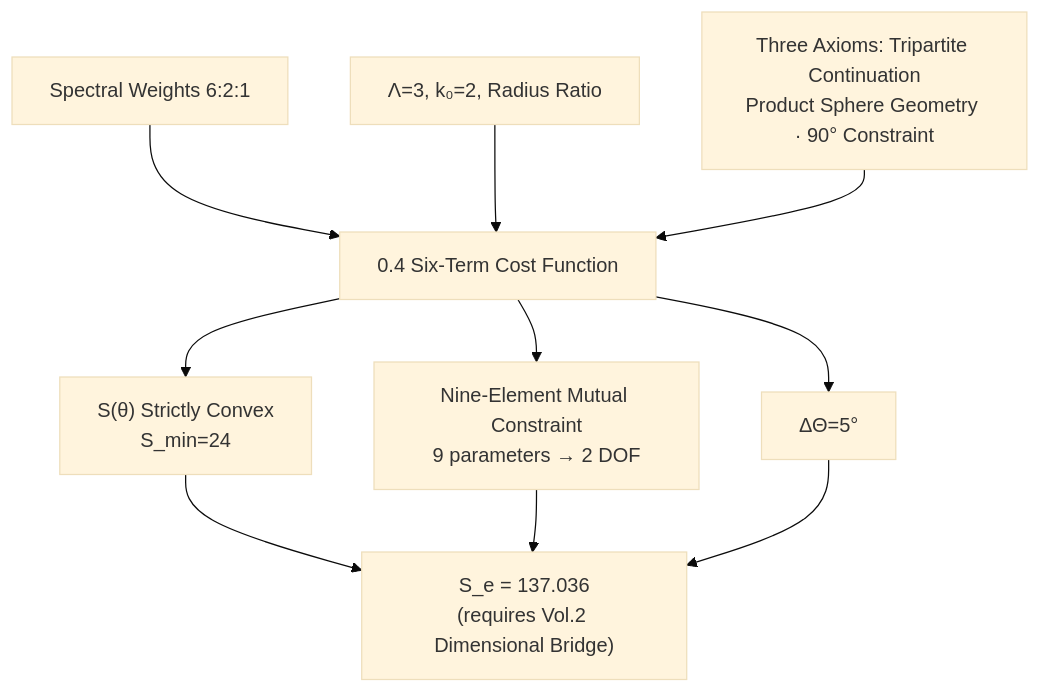
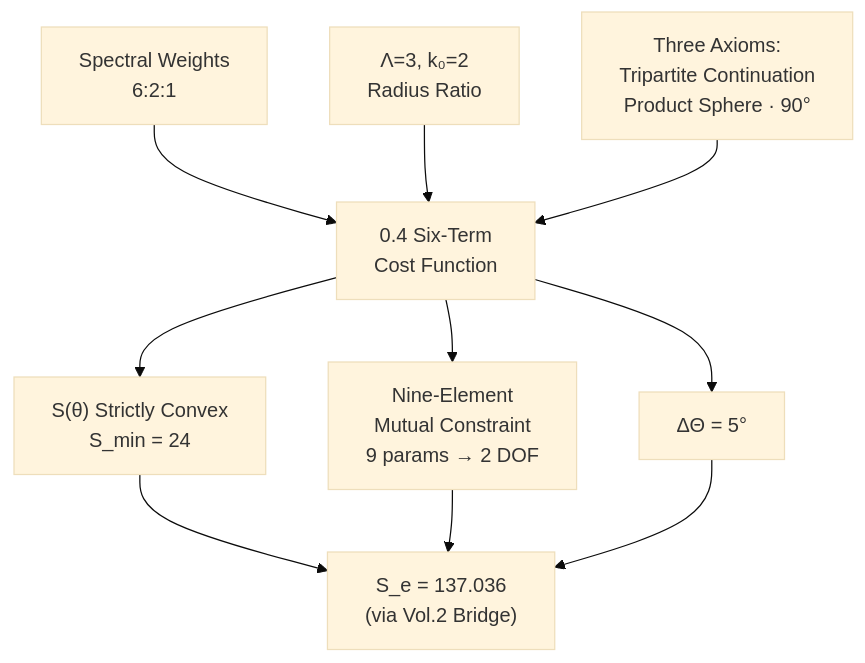
Before and after one commit to sdoygb/geometry-ai-server: the diagram in app/articles/GT-Vault/Vol-0_从零开始/0.4_Six-Term_Cost_Function_and_Nine-Element_Mutual_Constraint_EN_260716.1.md, drawn with Mermaid (base theme). The commit also changed other lines of this file, not shown here.

Commit message:
AI修改: GT-Vault/Vol-0_从零开始/0.4_Six-Term_Cost_Function_and_Nine-Element_Mutual_Constraint_EN_260716.1.md (819行)

````diff
--- a/app/articles/GT-Vault/Vol-0_从零开始/0.4_Six-Term_Cost_Function_and_Nine-Element_Mutual_Constraint_EN_260716.1.md
+++ b/app/articles/GT-Vault/Vol-0_从零开始/0.4_Six-Term_Cost_Function_and_Nine-Element_Mutual_Constraint_EN_260716.1.md
@@ -740,12 +740,12 @@
 ```mermaid
 flowchart TD
-    A["Spectral Weights 6:2:1"] --> D["0.4 Six-Term Cost Function"]
-    B["Λ=3, k₀=2, Radius Ratio"] --> D
-    C["Three Axioms: Tripartite Continuation<br>Product Sphere Geometry · 90° Constraint"] --> D
-    D --> E["S(θ) Strictly Convex<br>S_min=24"]
-    D --> F["Nine-Element Mutual Constraint<br>9 parameters → 2 DOF"]
-    D --> G["ΔΘ=5°"]
-    E --> H["S_e = 137.036<br>(requires Vol.2 Dimensional Bridge)"]
+    A["Spectral Weights<br>6:2:1"] --> D["0.4 Six-Term<br>Cost Function"]
+    B["Λ=3, k₀=2<br>Radius Ratio"] --> D
+    C["Three Axioms:<br>Tripartite Continuation<br>Product Sphere · 90°"] --> D
+    D --> E["S(θ) Strictly Convex<br>S_min = 24"]
+    D --> F["Nine-Element<br>Mutual Constraint<br>9 params → 2 DOF"]
+    D --> G["ΔΘ = 5°"]
+    E --> H["S_e = 137.036<br>(via Vol.2 Bridge)"]
     F --> H
     G --> H
 ```
````
